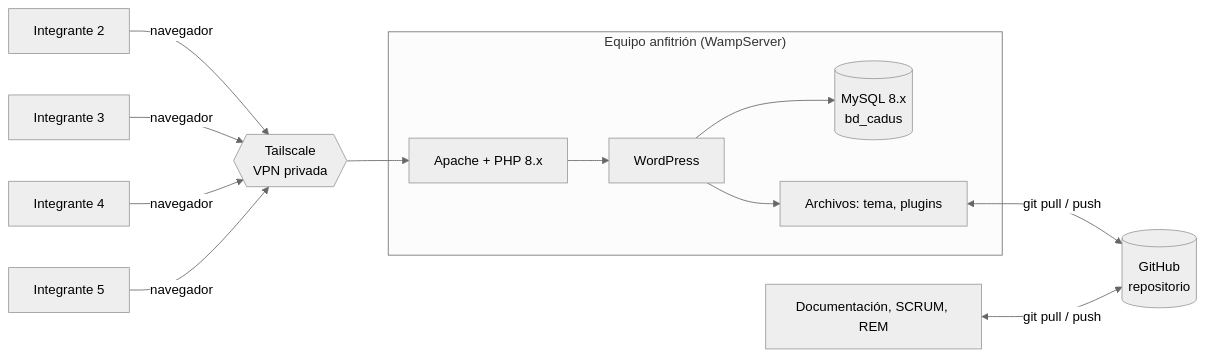
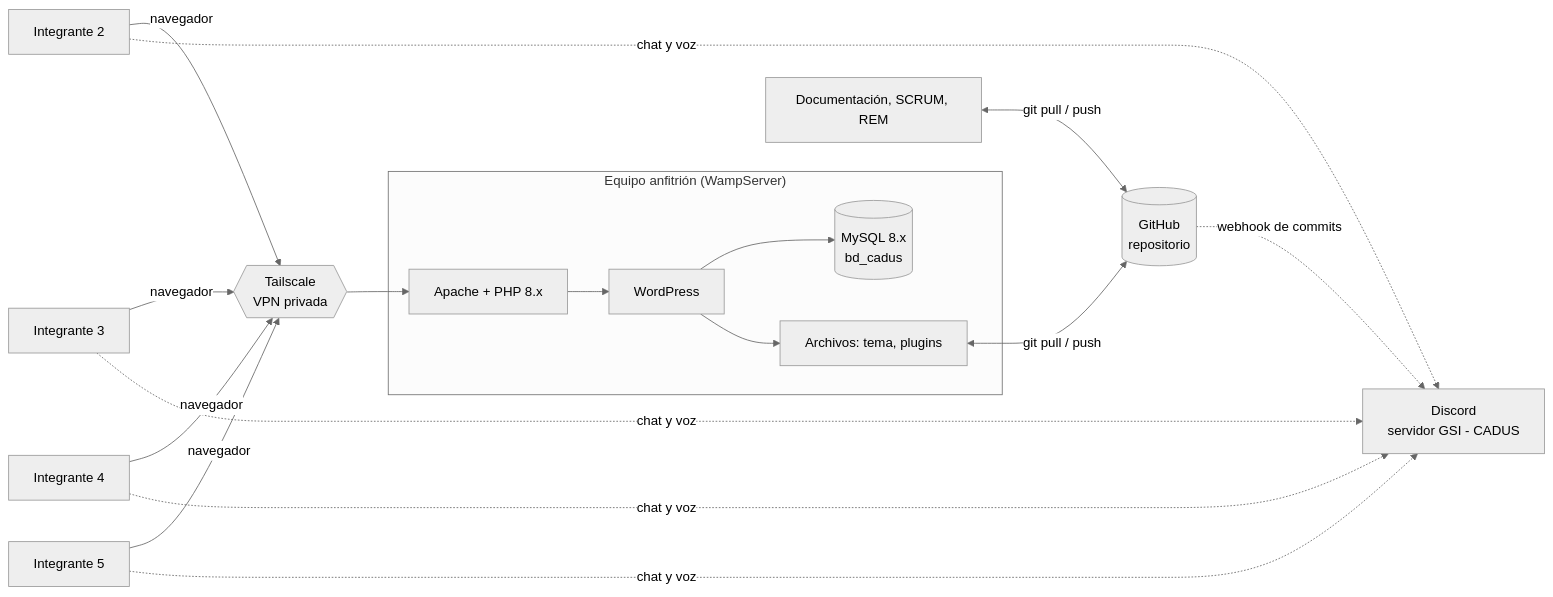
The diagram in docs/arquitectura/entorno-de-trabajo.md (pablitoruiizz/proyecto_gsi), drawn with Mermaid (neutral theme) before and after one commit. The commit also changed other lines of this file and 26 other files, not shown here.

````diff
--- a/docs/arquitectura/entorno-de-trabajo.md
+++ b/docs/arquitectura/entorno-de-trabajo.md
@@ -7,16 +7,19 @@
 ```mermaid
 flowchart LR
     subgraph HOST["Equipo anfitrión (WampServer)"]
         A[Apache + PHP 8.x] --> W[WordPress]
         W --> D[(MySQL 8.x<br/>bd_cadus)]
         W --> F[Archivos: tema, plugins]
     end
     T{{Tailscale<br/>VPN privada}}
     M1[Integrante 2] -->|navegador| T
     M2[Integrante 3] -->|navegador| T
     M3[Integrante 4] -->|navegador| T
     M4[Integrante 5] -->|navegador| T
     T --> A
     F <-->|git pull / push| G[(GitHub<br/>repositorio)]
     DOC[Documentación, SCRUM, REM] <-->|git pull / push| G
+    DC[Discord<br/>servidor GSI - CADUS]
+    G -.->|webhook de commits| DC
+    M1 & M2 & M3 & M4 -.->|chat y voz| DC
 ```
````
